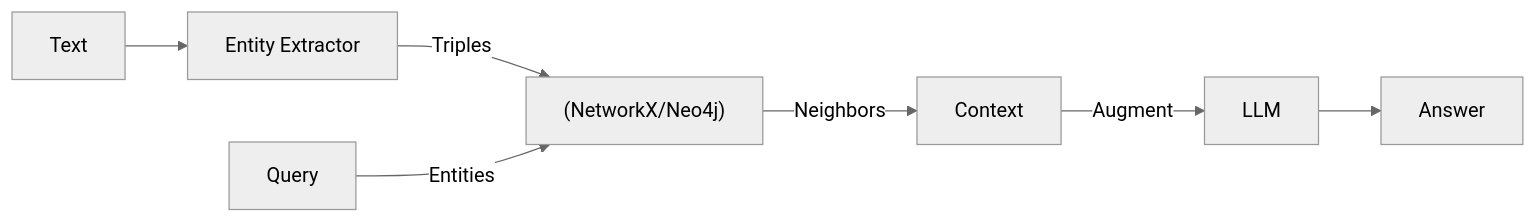
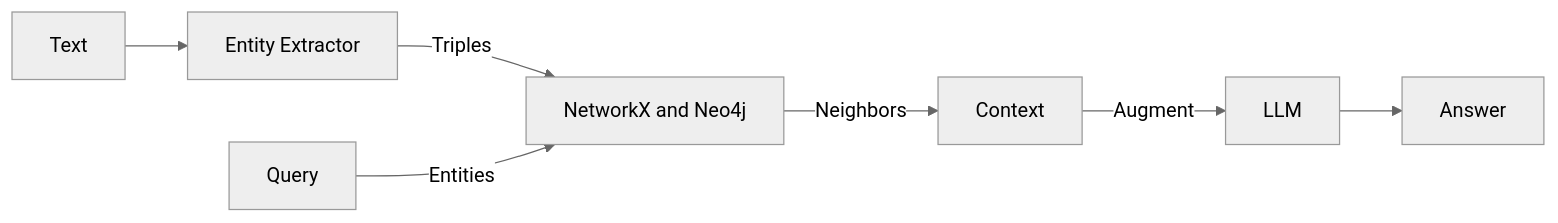
One commit to sricheru/agentic-ai-portfolio changed diagram 17 of 20 in genai_enterprise_usecases/ARCHITECTURE_GUIDE.md. Above: the diagram before and after it, drawn with Mermaid (neutral theme). The commit also changed other lines of this file, not shown here.

Commit message:
fix(mermaid): completely sanitize all node shapes and labels for GitHub compatibility

````diff
--- a/genai_enterprise_usecases/ARCHITECTURE_GUIDE.md
+++ b/genai_enterprise_usecases/ARCHITECTURE_GUIDE.md
@@ -381,9 +379,9 @@
 ```mermaid
 graph LR
     Text --> Extractor[Entity Extractor]
-    Extractor -->|Triples| GraphDB["(NetworkX/Neo4j)"]
+    Extractor -->|Triples| GraphDB["NetworkX and Neo4j"]
     Query -->|Entities| GraphDB
     GraphDB -->|Neighbors| Context
     Context -->|Augment| LLM
     LLM --> Answer
 ```
````
